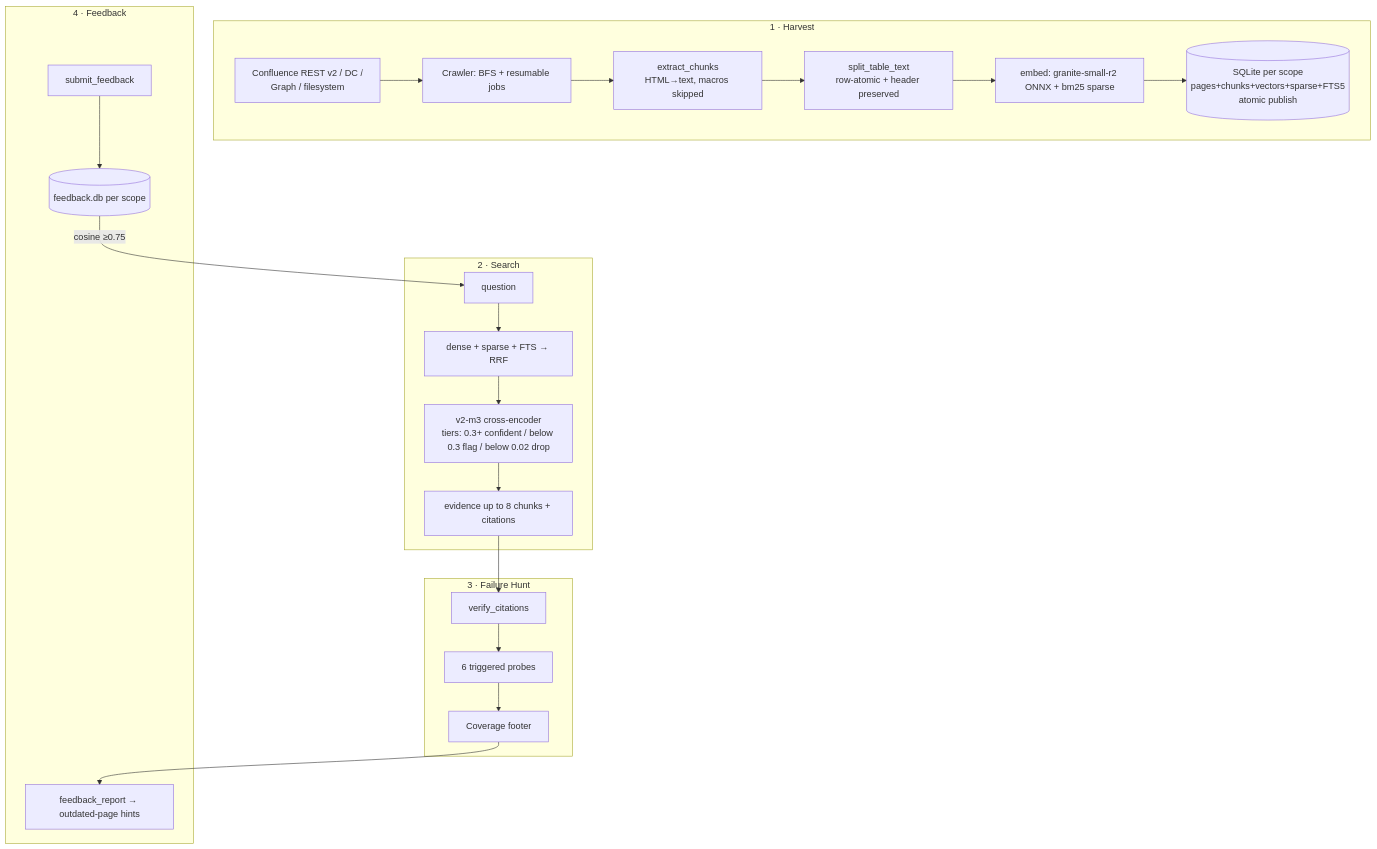
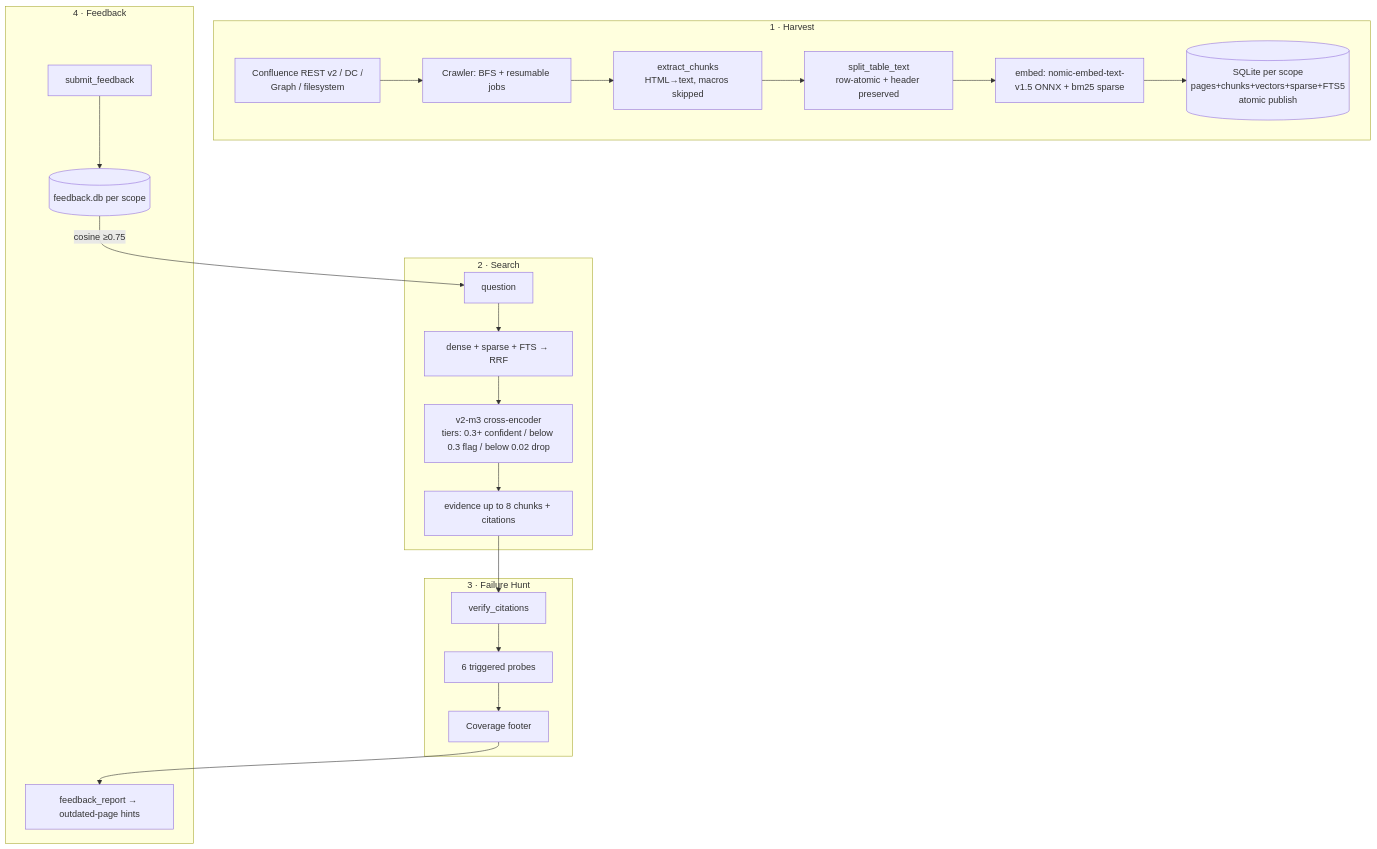
The fifth of 5 diagrams in docs/knowledge-agent-tdd.md (nkunal1992/agents), drawn with Mermaid before and after one commit. The commit also changed other lines of this file and 24 other files, not shown here.

````diff
--- a/docs/knowledge-agent-tdd.md
+++ b/docs/knowledge-agent-tdd.md
@@ -316,25 +316,25 @@
 ```mermaid
 flowchart TD
     subgraph Ingestion["1 · Harvest"]
         API[Confluence REST v2 / DC /<br/>Graph / filesystem] --> CW[Crawler: BFS + resumable jobs]
         CW --> EX[extract_chunks<br/>HTML→text, macros skipped]
         EX --> TB[split_table_text<br/>row-atomic + header preserved]
-        TB --> EM[embed: granite-small-r2 ONNX + bm25 sparse]
+        TB --> EM[embed: nomic-embed-text-v1.5 ONNX + bm25 sparse]
         EM --> IX[("SQLite per scope<br/>pages+chunks+vectors+sparse+FTS5<br/>atomic publish")]
     end
     subgraph Retrieval["2 · Search"]
         Q[question] --> HY[dense + sparse + FTS → RRF]
         HY --> RR["v2-m3 cross-encoder<br/>tiers: 0.3+ confident / below 0.3 flag / below 0.02 drop"]
         RR --> EV["evidence up to 8 chunks + citations"]
     end
     subgraph Verify["3 · Failure Hunt"]
         EV --> VP[verify_citations]
         VP --> PR[6 triggered probes]
         PR --> FOOT[Coverage footer]
     end
     subgraph Learn["4 · Feedback"]
         FB[submit_feedback] --> ST[("feedback.db per scope")]
         ST -->|cosine ≥0.75| Q
         FOOT --> RPT[feedback_report → outdated-page hints]
     end
 ```
````
